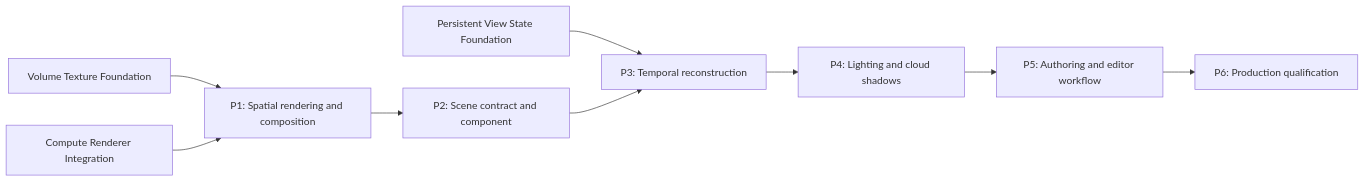
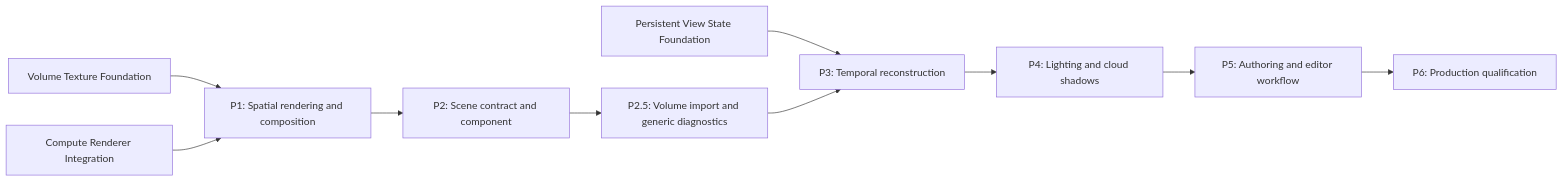
One commit to zhougy1996/Durin changed the diagram in Documentation/Roadmaps/VolumetricCloudRendering.md. Above: the diagram before and after it, drawn with Mermaid. The commit also changed other lines of this file and 20 other files, not shown here.

First line of the commit message:
feat(texture): add volume texture import and cloud diagnostics

````diff
--- a/Documentation/Roadmaps/VolumetricCloudRendering.md
+++ b/Documentation/Roadmaps/VolumetricCloudRendering.md
@@ -168,11 +178,12 @@
 ```mermaid
 flowchart LR
     VT["Volume Texture Foundation"] --> P1["P1: Spatial rendering and composition"]
     VS["Persistent View State Foundation"] --> P3["P3: Temporal reconstruction"]
     CI["Compute Renderer Integration"] --> P1
     P1 --> P2["P2: Scene contract and component"]
-    P2 --> P3
+    P2 --> P25["P2.5: Volume import and generic diagnostics"]
+    P25 --> P3
     P3 --> P4["P4: Lighting and cloud shadows"]
     P4 --> P5["P5: Authoring and editor workflow"]
     P5 --> P6["P6: Production qualification"]
 ```
````
